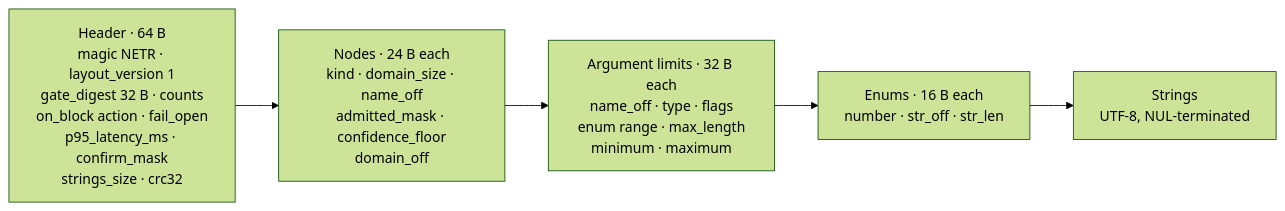
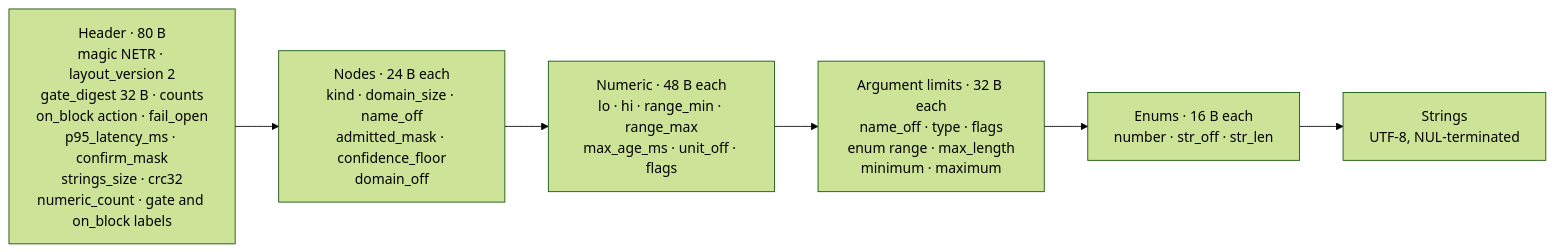
The first of 5 diagrams in docs/architecture/en/05-code-gate-hal-c4l4.md (letrongminh/neuroedge-init), drawn with Mermaid (forest theme) before and after one commit. The commit also changed other lines of this file and 19 other files, not shown here.

First line of the commit message:
docs: TSK-W1-02 done — numeric criterion and NETR v2 across roadmap, specs and architecture

````diff
--- a/docs/architecture/en/05-code-gate-hal-c4l4.md
+++ b/docs/architecture/en/05-code-gate-hal-c4l4.md
@@ -68,9 +68,10 @@
 ```mermaid
 flowchart LR
-    H["Header · 64 B<br/>magic NETR · layout_version 1<br/>gate_digest 32 B · counts<br/>on_block action · fail_open<br/>p95_latency_ms · confirm_mask<br/>strings_size · crc32"]
+    H["Header · 80 B<br/>magic NETR · layout_version 2<br/>gate_digest 32 B · counts<br/>on_block action · fail_open<br/>p95_latency_ms · confirm_mask<br/>strings_size · crc32<br/>numeric_count · gate and on_block labels"]
     N["Nodes · 24 B each<br/>kind · domain_size · name_off<br/>admitted_mask · confidence_floor<br/>domain_off"]
+    M["Numeric · 48 B each<br/>lo · hi · range_min · range_max<br/>max_age_ms · unit_off · flags"]
     A["Argument limits · 32 B each<br/>name_off · type · flags<br/>enum range · max_length<br/>minimum · maximum"]
     E["Enums · 16 B each<br/>number · str_off · str_len"]
     S["Strings<br/>UTF-8, NUL-terminated"]
-    H --> N --> A --> E --> S
+    H --> N --> M --> A --> E --> S
 ```
````
